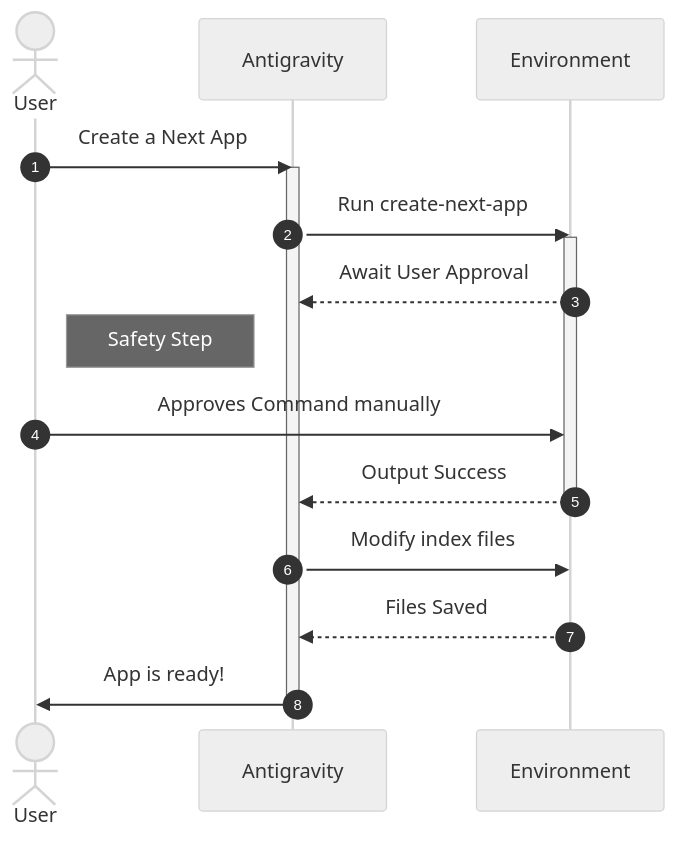
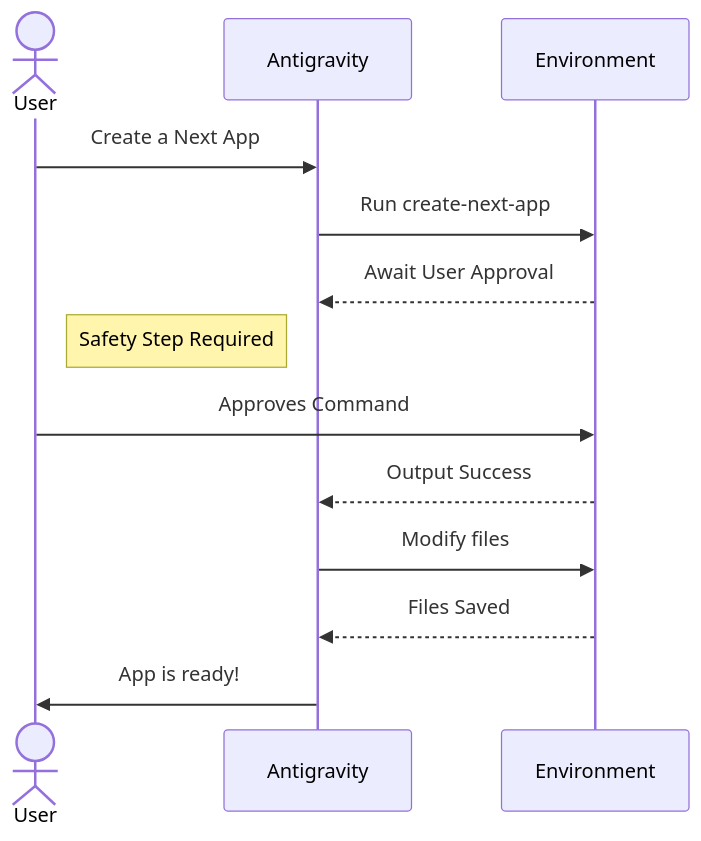
The third of 4 diagrams in Antigravity101.md (sinansoyalic-ai/Antigravity), drawn with Mermaid before and after one commit. The commit also changed other lines of this file, not shown here.

````diff
--- a/Antigravity101.md
+++ b/Antigravity101.md
@@ -90,24 +86,18 @@
 ```mermaid
-%%{init: {'theme': 'neutral'}}%%
 sequenceDiagram
-    autonumber
     actor User
     participant Antigravity
     participant Environment
 
     User->>Antigravity: Create a Next App
-    activate Antigravity
     Antigravity->>Environment: Run create-next-app
-    activate Environment
     Environment-->>Antigravity: Await User Approval
     
-    note right of User: Safety Step
-    User->>Environment: Approves Command manually
+    Note right of User: Safety Step Required
+    User->>Environment: Approves Command
     Environment-->>Antigravity: Output Success
-    deactivate Environment
     
-    Antigravity->>Environment: Modify index files
+    Antigravity->>Environment: Modify files
     Environment-->>Antigravity: Files Saved
     Antigravity->>User: App is ready!
-    deactivate Antigravity
 ```
````
